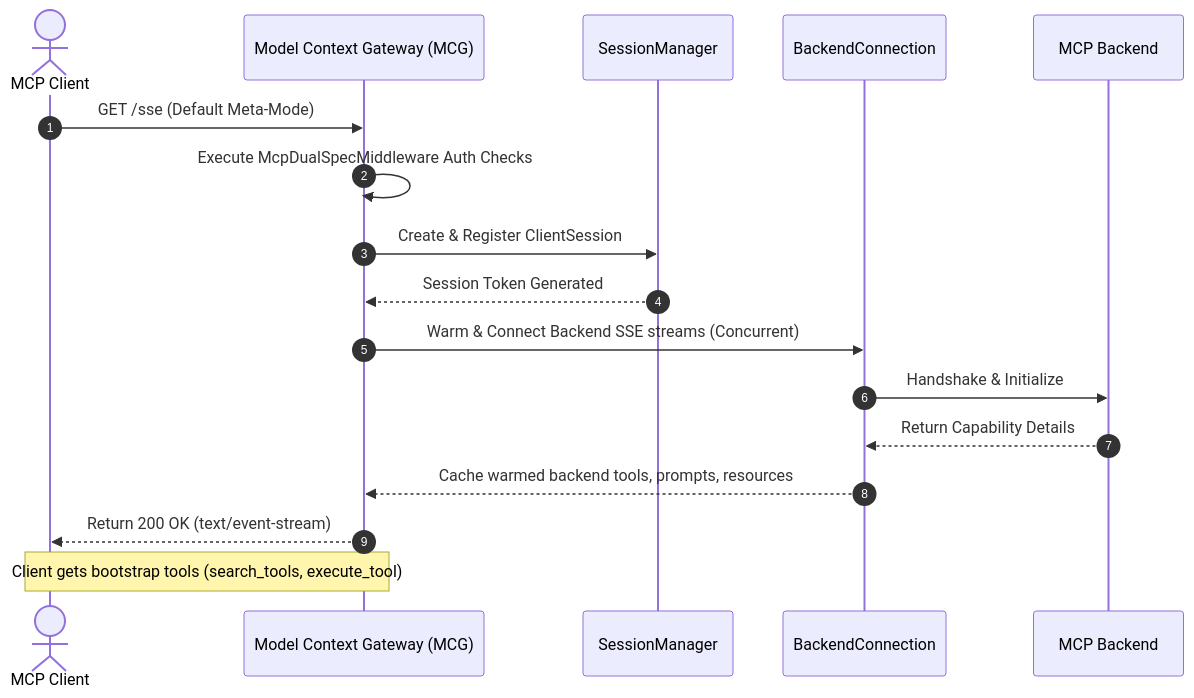
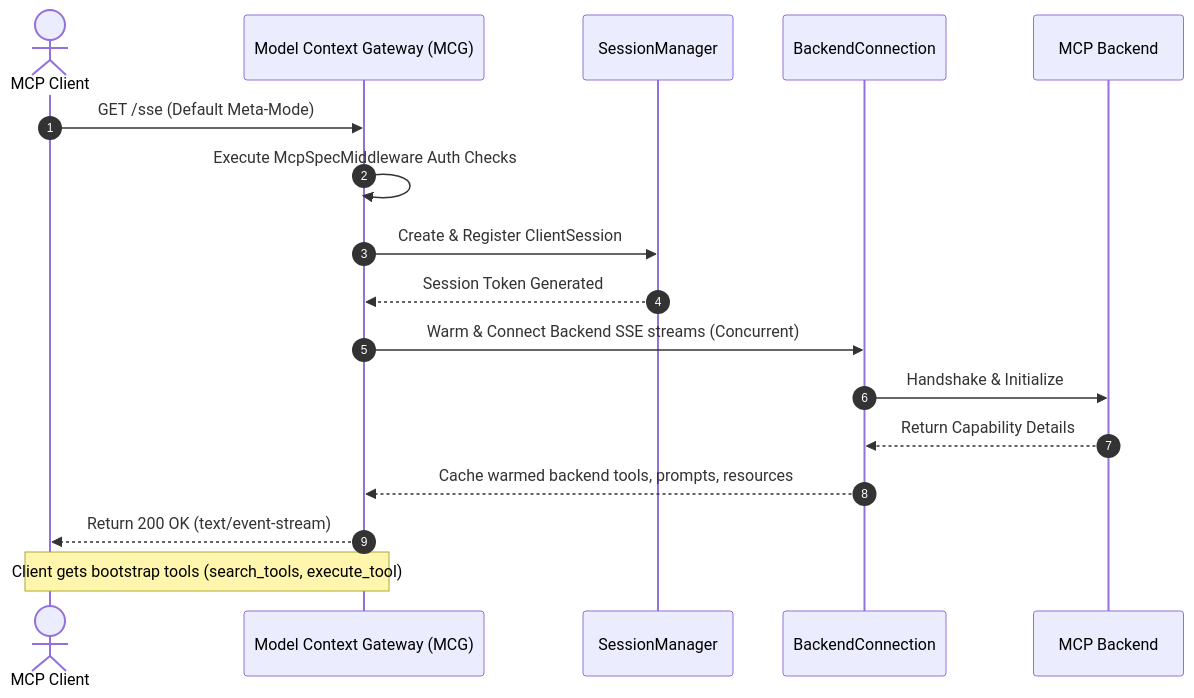
The second of 5 diagrams in ARCHITECTURE.md (spelech/CSharp-MCP-Router), drawn with Mermaid before and after one commit. The commit also changed other lines of this file and 8 other files, not shown here.

Commit message:
docs(mcp): update architecture guides, changelog, requirements catalog, and bump version to v5.5.0

````diff
--- a/ARCHITECTURE.md
+++ b/ARCHITECTURE.md
@@ -83,20 +83,20 @@
 ```mermaid
 sequenceDiagram
     autonumber
     actor Client as MCP Client
     participant Router as Model Context Gateway (MCG)
     participant SessionMgr as SessionManager
     participant BackendConn as BackendConnection
     participant Downstream as MCP Backend
 
     Client->>Router: GET /sse (Default Meta-Mode)
-    Router->>Router: Execute McpDualSpecMiddleware Auth Checks
+    Router->>Router: Execute McpSpecMiddleware Auth Checks
     Router->>SessionMgr: Create & Register ClientSession
     SessionMgr-->>Router: Session Token Generated
     Router->>BackendConn: Warm & Connect Backend SSE streams (Concurrent)
     BackendConn->>Downstream: Handshake & Initialize
     Downstream-->>BackendConn: Return Capability Details
     BackendConn-->>Router: Cache warmed backend tools, prompts, resources
     Router-->>Client: Return 200 OK (text/event-stream)
     Note over Client,Router: Client gets bootstrap tools (search_tools, execute_tool)
 ```
````
